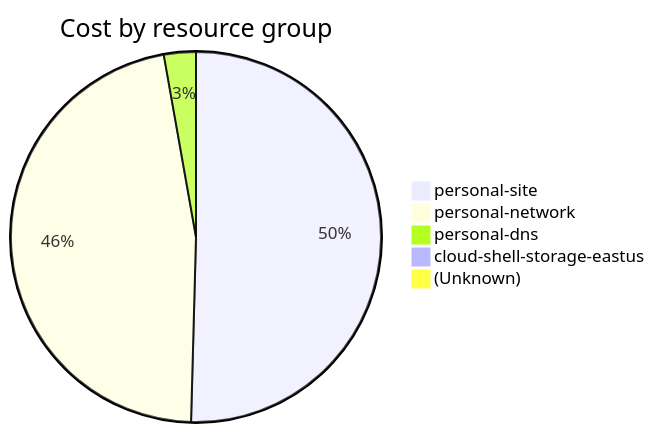
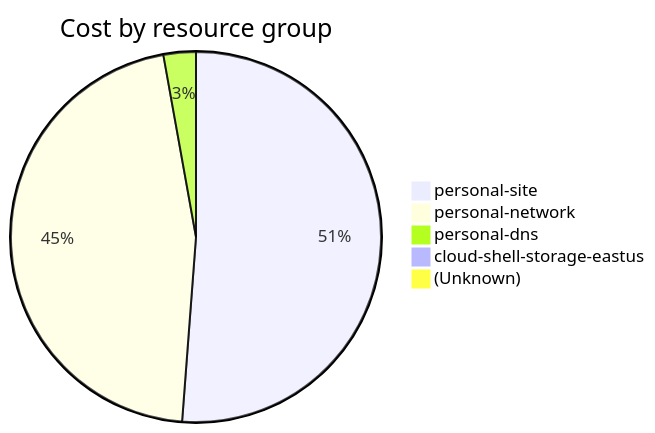
The fourth of 4 diagrams in cost-reports/accumulated-cost.md (jpfulton/azure-personal-reports), drawn with Mermaid before and after one commit. The commit also changed other lines of this file and 4 other files, not shown here.

````diff
--- a/cost-reports/accumulated-cost.md
+++ b/cost-reports/accumulated-cost.md
@@ -155,9 +155,9 @@
 ```mermaid
 pie
    title Cost by resource group
-   "personal-site" : 17.18
+   "personal-site" : 17.75
    "personal-network" : 15.94
-   "personal-dns" : 0.95
-   "cloud-shell-storage-eastus" : 0.28
+   "personal-dns" : 0.98
+   "cloud-shell-storage-eastus" : 0.29
    "(Unknown)" : 0.10
 ```
````
